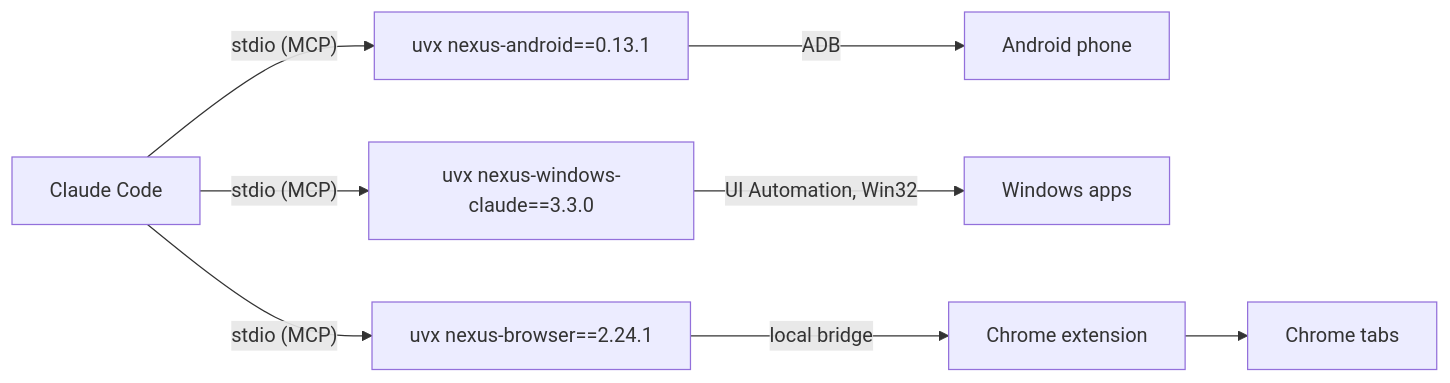
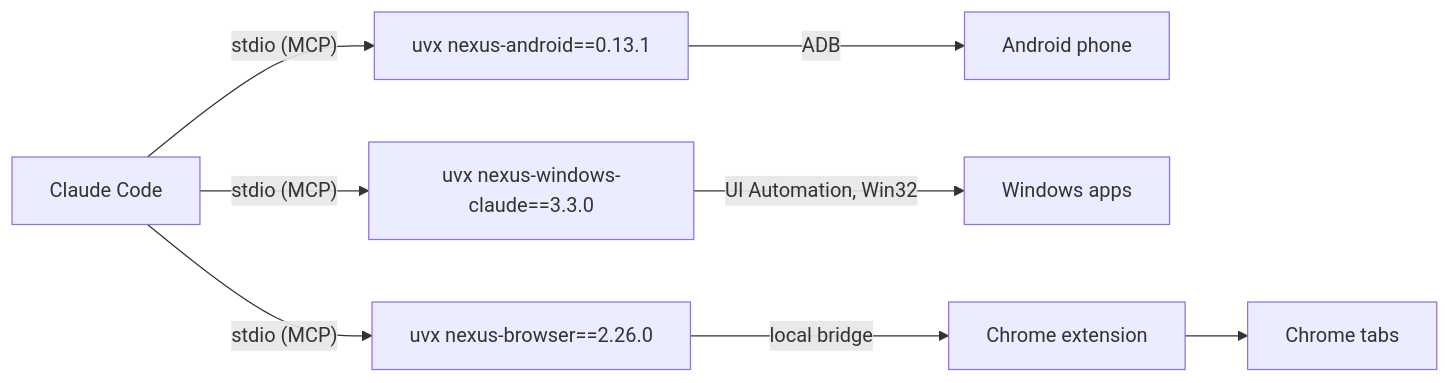
One commit to pironjulien/NexusSystem changed the diagram in README.md. Above: the diagram before and after it, drawn with Mermaid. The commit also changed 9 other files, not shown here.

Commit message:
Update to 1.6.6: nexus-browser 2.26.0 (self-update, pairing without the native host, .mcpb)

````diff
--- a/README.md
+++ b/README.md
@@ -122,6 +122,6 @@
 ```mermaid
 flowchart LR
     C["Claude Code"] -- "stdio (MCP)" --> A["uvx nexus-android==0.13.1"] -- ADB --> P["Android phone"]
     C -- "stdio (MCP)" --> W["uvx nexus-windows-claude==3.3.0"] -- "UI Automation, Win32" --> D["Windows apps"]
-    C -- "stdio (MCP)" --> B["uvx nexus-browser==2.24.1"] -- "local bridge" --> E["Chrome extension"] --> T["Chrome tabs"]
+    C -- "stdio (MCP)" --> B["uvx nexus-browser==2.26.0"] -- "local bridge" --> E["Chrome extension"] --> T["Chrome tabs"]
 ```
````
